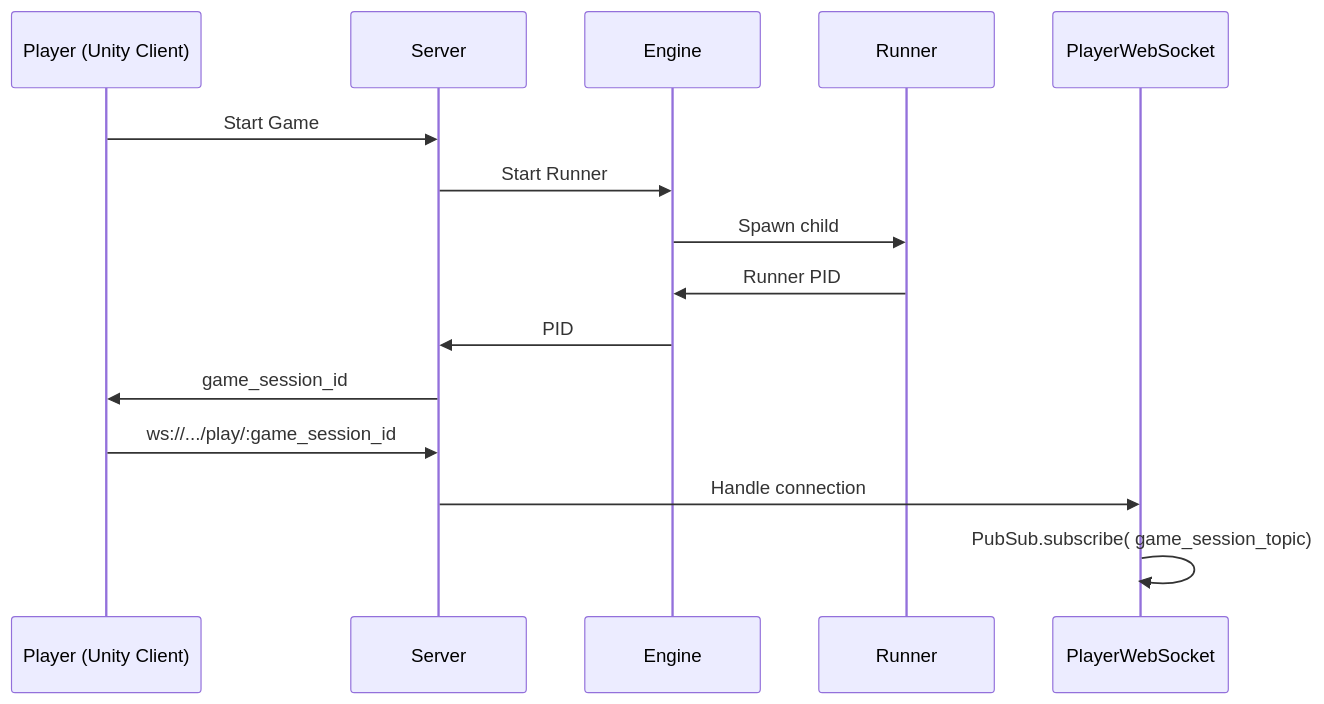
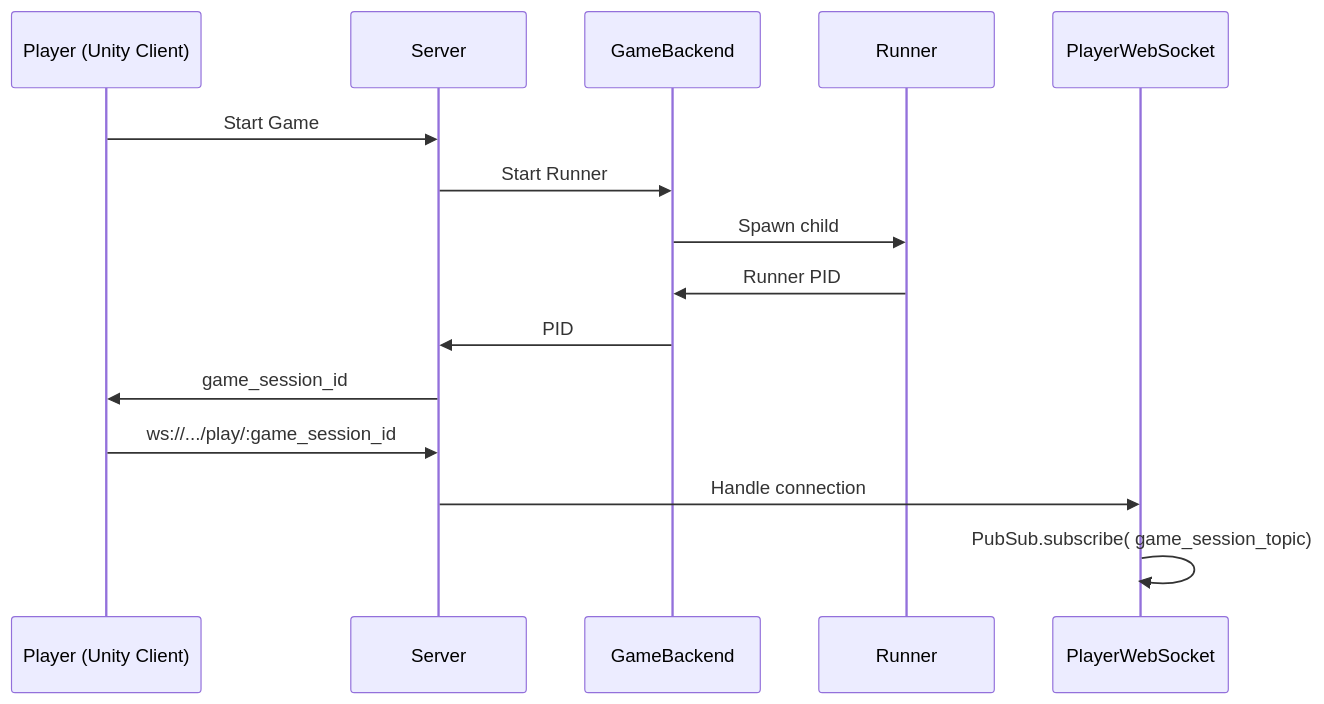
One commit to lambdaclass/mirra_backend changed the fourth of 5 diagrams in docs/src/architecture/backend_architecture.md. Above: the diagram before and after it, drawn with Mermaid. The commit also changed other lines of this file, not shown here.

Commit message:
Fix some outdated parts of the backend architecture document

````diff
--- a/docs/src/architecture/backend_architecture.md
+++ b/docs/src/architecture/backend_architecture.md
@@ -154,17 +154,17 @@
 ```mermaid
 sequenceDiagram
     participant Player (Unity Client)
     participant Server
-    participant Engine
+    participant GameBackend
     participant Runner
     participant PlayerWebSocket
     Player (Unity Client)->>Server: Start Game
-    Server->>Engine: Start Runner
-    Engine->>Runner: Spawn child
-    Runner->>Engine: Runner PID
-    Engine->>Server: PID
+    Server->>GameBackend: Start Runner
+    GameBackend->>Runner: Spawn child
+    Runner->>GameBackend: Runner PID
+    GameBackend->>Server: PID
     Server->>Player (Unity Client): game_session_id
     Player (Unity Client)->>Server: ws://.../play/:game_session_id
     Server->>PlayerWebSocket: Handle connection
     PlayerWebSocket->>PlayerWebSocket: PubSub.subscribe( game_session_topic)
 ```
````
